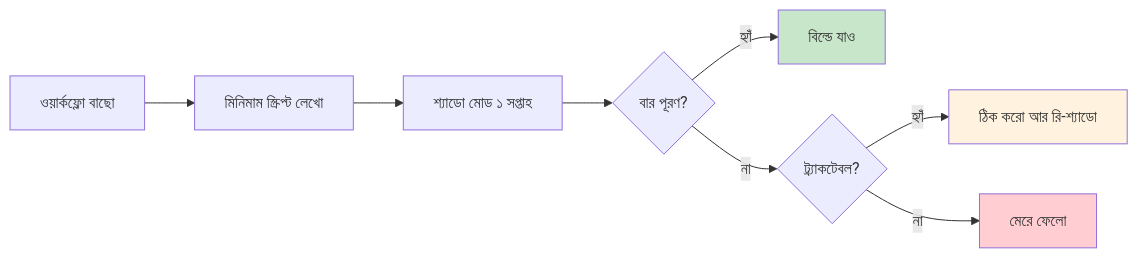
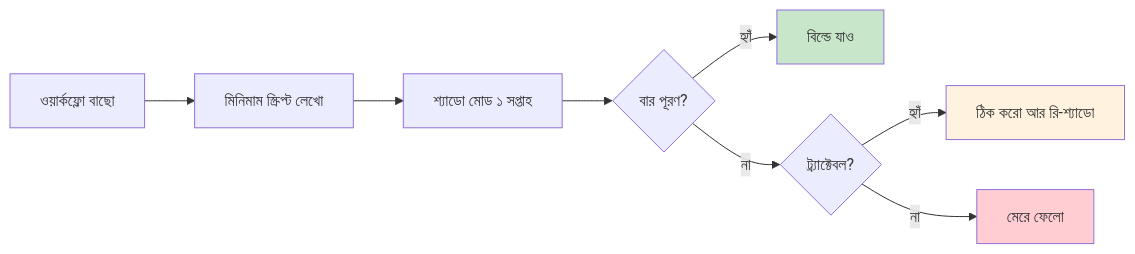
Before and after one commit to aiwithr/ai_llm: the diagram in docs/bangla/adoption/pilot.md, drawn with Mermaid. The commit also changed other lines of this file and 7 other files, not shown here.

````diff
--- a/docs/bangla/adoption/pilot.md
+++ b/docs/bangla/adoption/pilot.md
@@ -8,14 +8,14 @@
 ```mermaid
 flowchart LR
     A[ওয়ার্কফ্লো বাছো] --> B[মিনিমাম স্ক্রিপ্ট লেখো]
     B --> C[শ্যাডো মোড ১ সপ্তাহ]
     C --> D{বার পূরণ?}
     D -->|হ্যাঁ| E[বিল্ডে যাও]
-    D -->|না| F{ট্র্যাকটেবল?}
+    D -->|না| F{ট্র্যাক্টেবল?}
     F -->|হ্যাঁ| G[ঠিক করো আর রি-শ্যাডো]
     F -->|না| H[মেরে ফেলো]
 
     style E fill:#c8e6c9
     style H fill:#ffcdd2
     style G fill:#fff3e0
 ```
````
